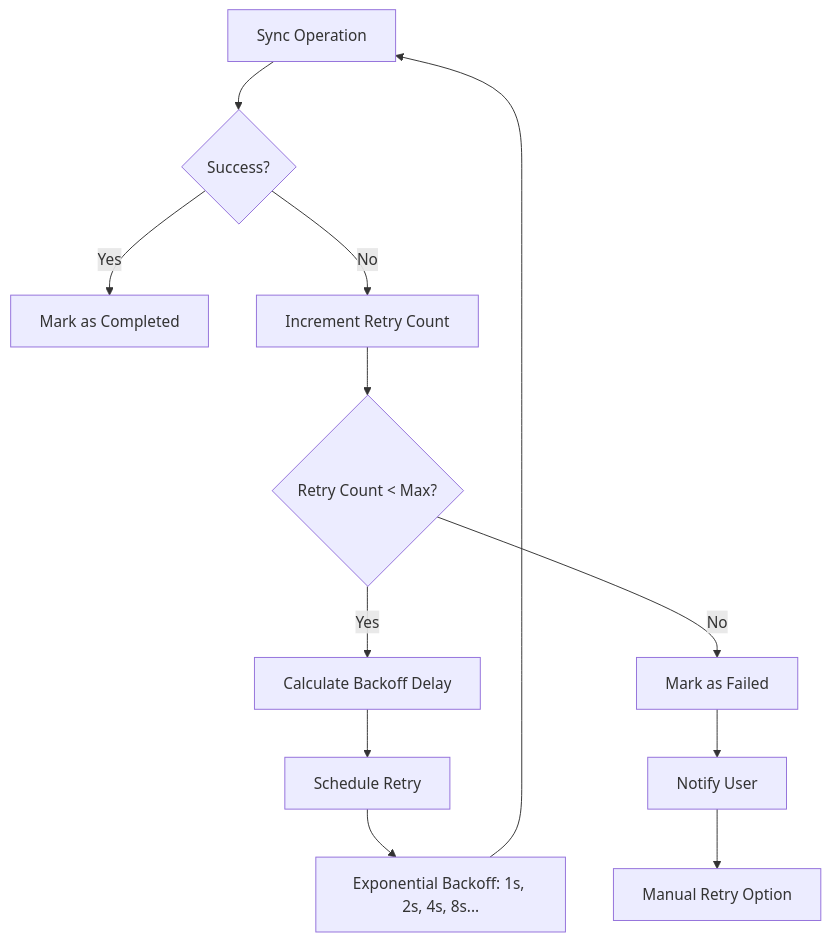
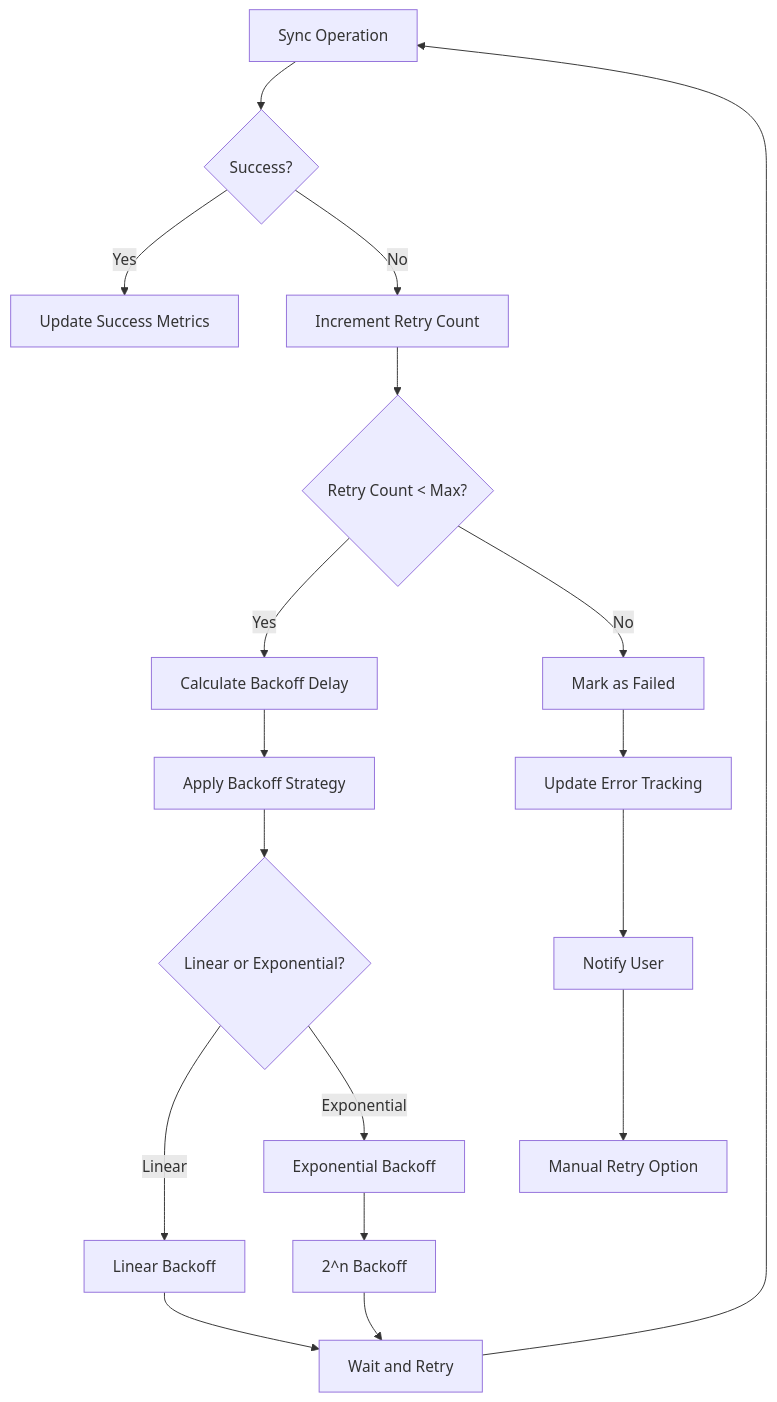
One commit to geniusdynamics/schoolpilot changed diagram 11 of 20 in .qoder/repowiki/en/content/Architecture Overview/Data Management Architecture/Data Synchronization Workflow/Data Synchronization Workflow.md. Above: the diagram before and after it, drawn with Mermaid. The commit also changed other lines of this file and 8 other files, not shown here.

````diff
--- a/.qoder/repowiki/en/content/Architecture Overview/Data Management Architecture/Data Synchronization Workflow/Data Synchronization Workflow.md
+++ b/.qoder/repowiki/en/content/Architecture Overview/Data Management Architecture/Data Synchronization Workflow/Data Synchronization Workflow.md
@@ -411,14 +456,20 @@
 ```mermaid
 flowchart TD
 A[Sync Operation] --> B{Success?}
-B --> |Yes| C[Mark as Completed]
+B --> |Yes| C[Update Success Metrics]
 B --> |No| D[Increment Retry Count]
 D --> E{Retry Count < Max?}
 E --> |Yes| F[Calculate Backoff Delay]
-F --> G[Schedule Retry]
-G --> H[Exponential Backoff: 1s, 2s, 4s, 8s...]
-H --> A
-E --> |No| I[Mark as Failed]
-I --> J[Notify User]
-J --> K[Manual Retry Option]
+F --> G[Apply Backoff Strategy]
+G --> H{Linear or Exponential?}
+H --> |Linear| I[Linear Backoff]
+H --> |Exponential| J[Exponential Backoff]
+I --> K[Wait and Retry]
+J --> L[2^n Backoff]
+L --> K
+K --> A
+E --> |No| M[Mark as Failed]
+M --> N[Update Error Tracking]
+N --> O[Notify User]
+O --> P[Manual Retry Option]
 ```
````
